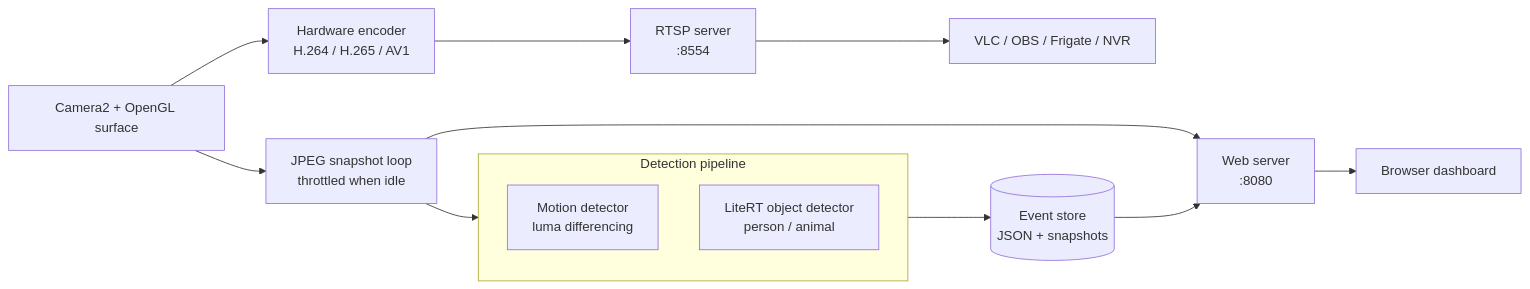
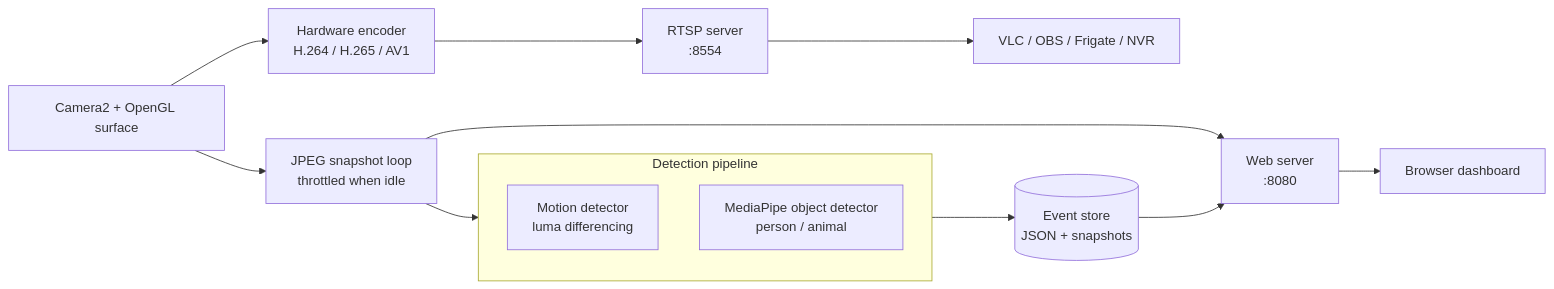
The diagram in README.md (Zektopic/RSTP-CCTV-App), drawn with Mermaid before and after one commit. The commit also changed other lines of this file and 13 other files, not shown here.

````diff
--- a/README.md
+++ b/README.md
@@ -82,20 +84,20 @@
 ```mermaid
 flowchart LR
     CAM[Camera2 + OpenGL surface] --> ENC[Hardware encoder<br/>H.264 / H.265 / AV1]
     CAM --> SNAP[JPEG snapshot loop<br/>throttled when idle]
 
     ENC --> RTSP[RTSP server<br/>:8554]
     SNAP --> WEB[Web server<br/>:8080]
     SNAP --> DET
 
     subgraph DET [Detection pipeline]
         MOT[Motion detector<br/>luma differencing]
-        OBJ[LiteRT object detector<br/>person / animal]
+        OBJ[MediaPipe object detector<br/>person / animal]
     end
 
     DET --> STORE[(Event store<br/>JSON + snapshots)]
     STORE --> WEB
 
     RTSP --> NVR[VLC / OBS / Frigate / NVR]
     WEB --> BROWSER[Browser dashboard]
 ```
````
